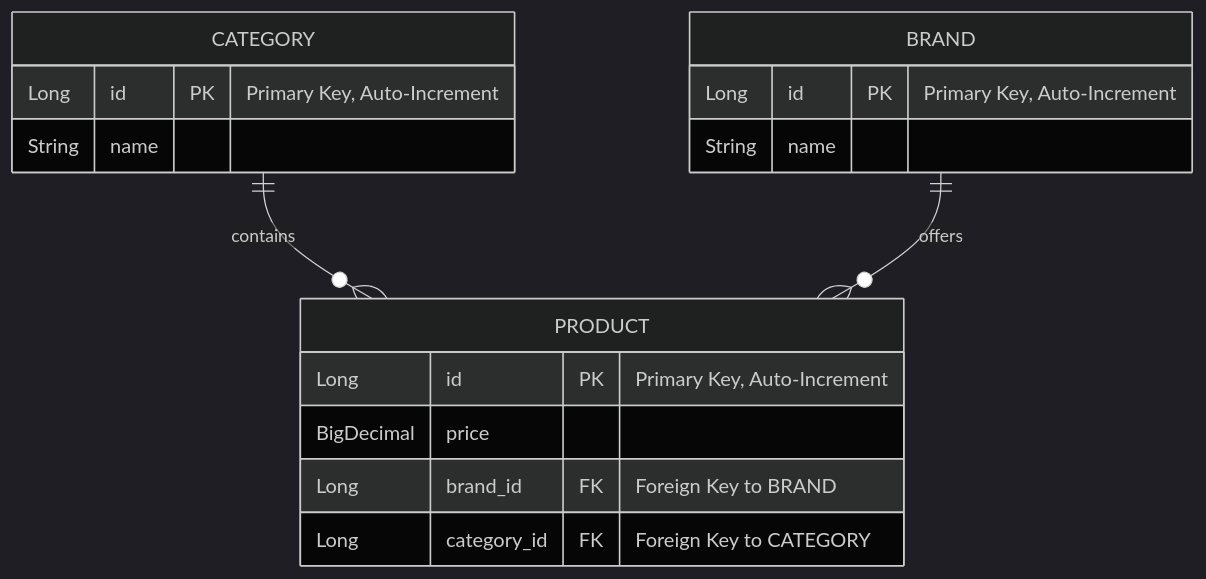
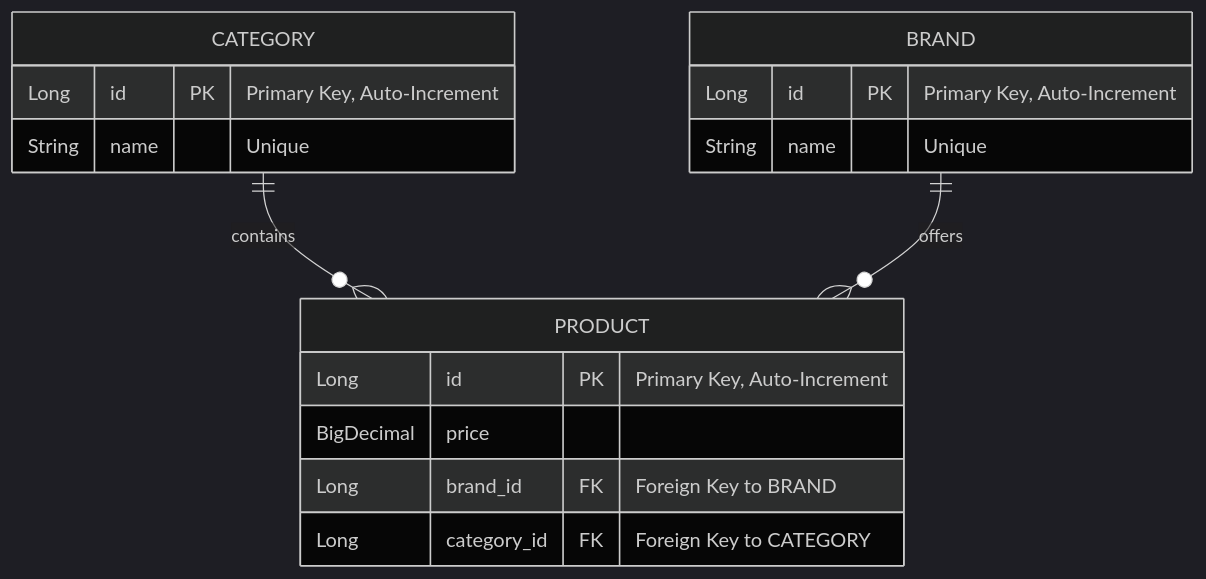
One commit to noakafka/MSS changed the diagram in README.md. Above: the diagram before and after it, drawn with Mermaid (dark theme). The commit also changed other lines of this file and 5 other files, not shown here.

````diff
--- a/README.md
+++ b/README.md
@@ -17,22 +42,22 @@
 ```mermaid
 erDiagram
     CATEGORY {
         Long id PK "Primary Key, Auto-Increment"
-        String name
+        String name "Unique"
     }
 
     BRAND {
         Long id PK "Primary Key, Auto-Increment"
-        String name
+        String name "Unique"
     }
 
     PRODUCT {
         Long id PK "Primary Key, Auto-Increment"
         BigDecimal price
         Long brand_id FK "Foreign Key to BRAND"
         Long category_id FK "Foreign Key to CATEGORY"
     }
 
     CATEGORY ||--o{ PRODUCT : contains
     BRAND ||--o{ PRODUCT : offers
 ```
````
